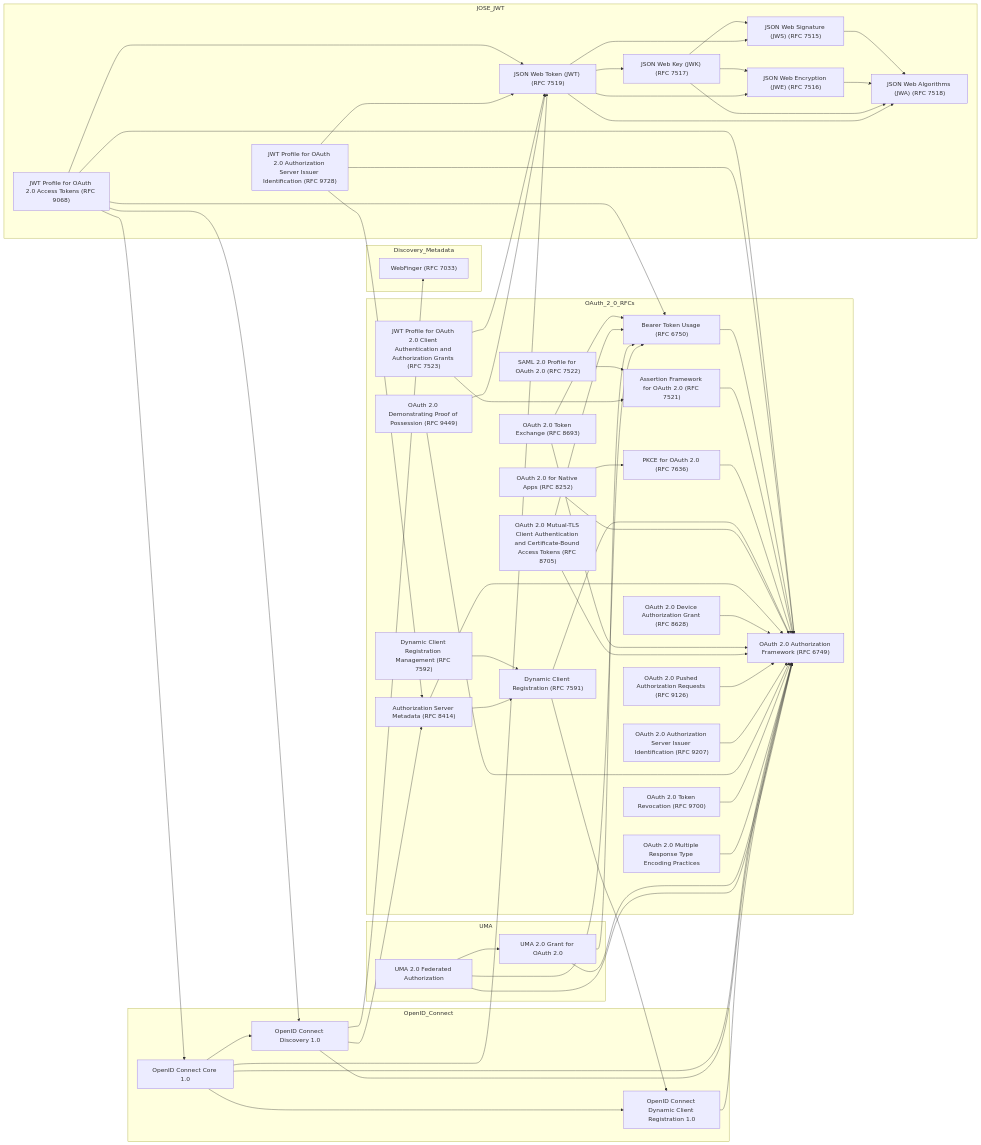
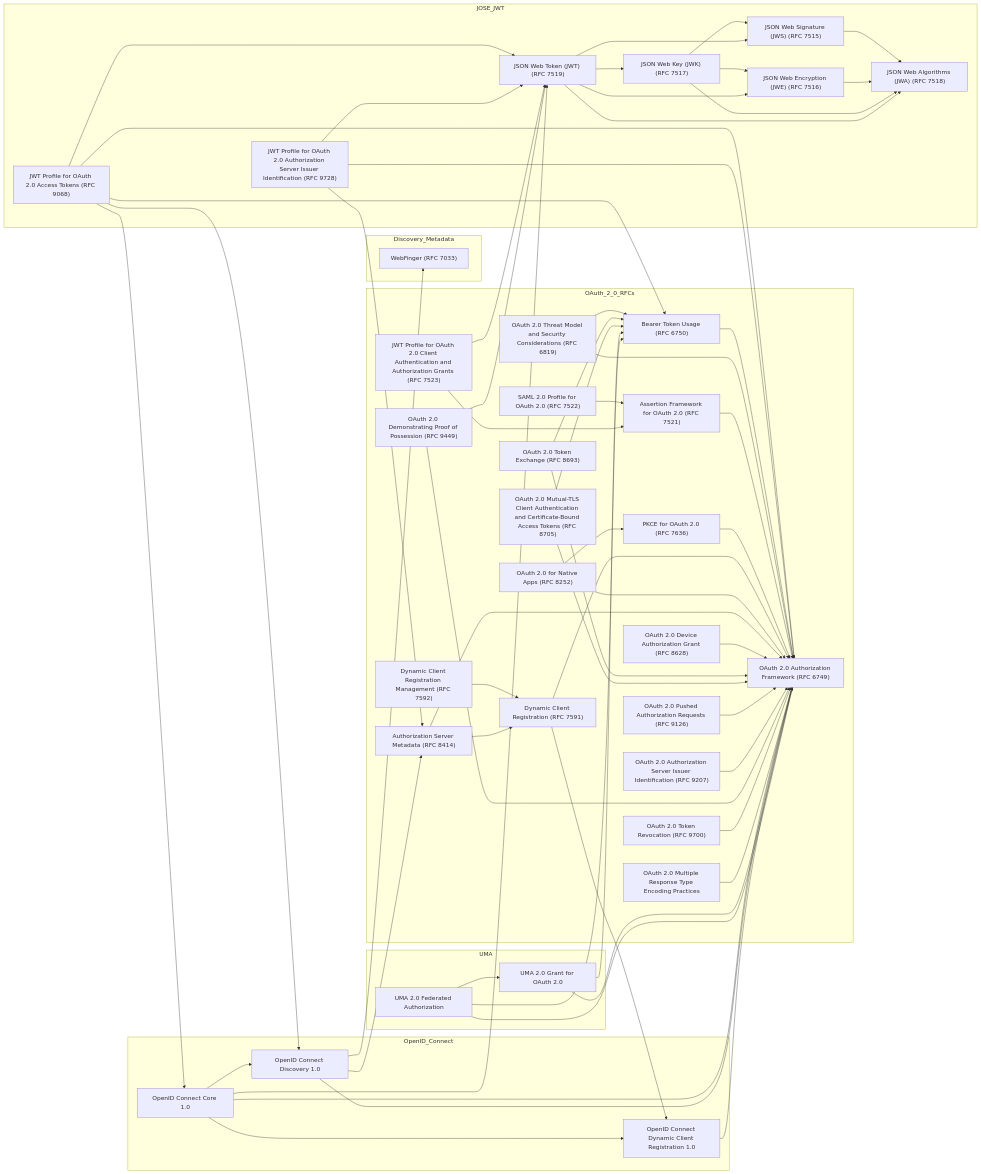
Before and after one commit to ryanspletzer/oidc-oauth-spec-graph: the diagram in graph.md, drawn with Mermaid. The commit also changed 1 other file, not shown here.

Commit message:
Adds RFC 6819 OAuth 2.0 security considerations
Includes RFC 6819 which provides comprehensive analysis of OAuth 2.0 security threats and countermeasures. This addition helps users understand security implications and best practices when implementing OAuth 2.0 flows.

The RFC is properly integrated into both the documentation list and the interactive graph with appropriate relationships to the core OAuth 2.0 framework and bearer token specifications.

```diff
--- a/graph.md
+++ b/graph.md
@@ -14,6 +14,7 @@
   subgraph OAuth_2_0_RFCs
     RFC6749["OAuth 2.0 Authorization Framework (RFC 6749)"]
     RFC6750["Bearer Token Usage (RFC 6750)"]
+    RFC6819["OAuth 2.0 Threat Model and Security Considerations (RFC 6819)"]
     RFC7521["Assertion Framework for OAuth 2.0 (RFC 7521)"]
     RFC7522["SAML 2.0 Profile for OAuth 2.0 (RFC 7522)"]
     RFC7523["JWT Profile for OAuth 2.0 Client Authentication and Authorization Grants (RFC 7523)"]
@@ -56,6 +57,8 @@
 
   %% ---- Edges: OAuth 2.0 internal references ----
   RFC6750 --> RFC6749
+  RFC6819 --> RFC6749
+  RFC6819 --> RFC6750
   RFC7521 --> RFC6749
   RFC7522 --> RFC7521
   RFC7523 --> RFC7521
@@ -131,6 +134,7 @@
 
   click RFC6749 "https://datatracker.ietf.org/doc/html/rfc6749" "OAuth 2.0 Authorization Framework (RFC 6749)"
   click RFC6750 "https://datatracker.ietf.org/doc/html/rfc6750" "Bearer Token Usage (RFC 6750)"
+  click RFC6819 "https://datatracker.ietf.org/doc/html/rfc6819" "OAuth 2.0 Threat Model and Security Considerations (RFC 6819)"
   click RFC7521 "https://datatracker.ietf.org/doc/html/rfc7521" "Assertion Framework for OAuth 2.0 (RFC 7521)"
   click RFC7522 "https://datatracker.ietf.org/doc/html/rfc7522" "SAML 2.0 Profile for OAuth 2.0 (RFC 7522)"
   click RFC7523 "https://datatracker.ietf.org/doc/html/rfc7523" "JWT Profile for OAuth 2.0 Client Authentication and Authorization Grants (RFC 7523)"
```
